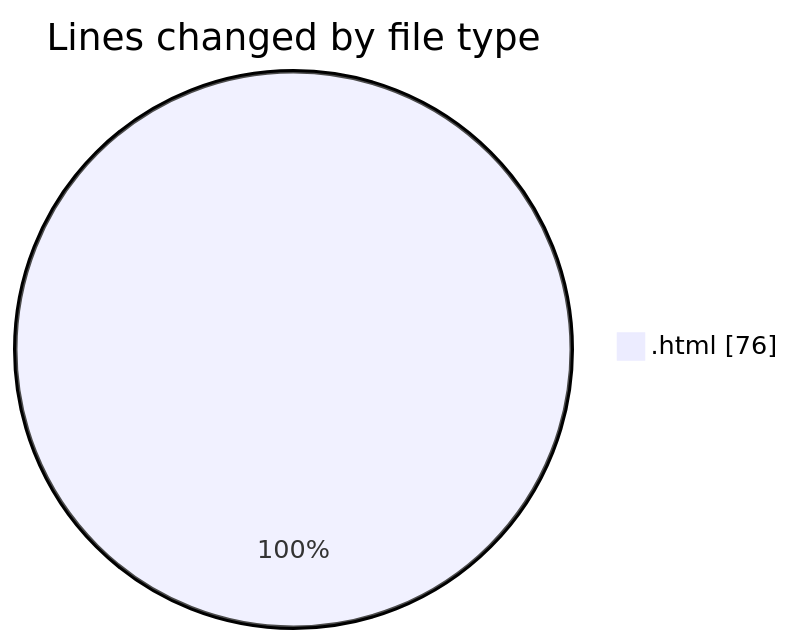
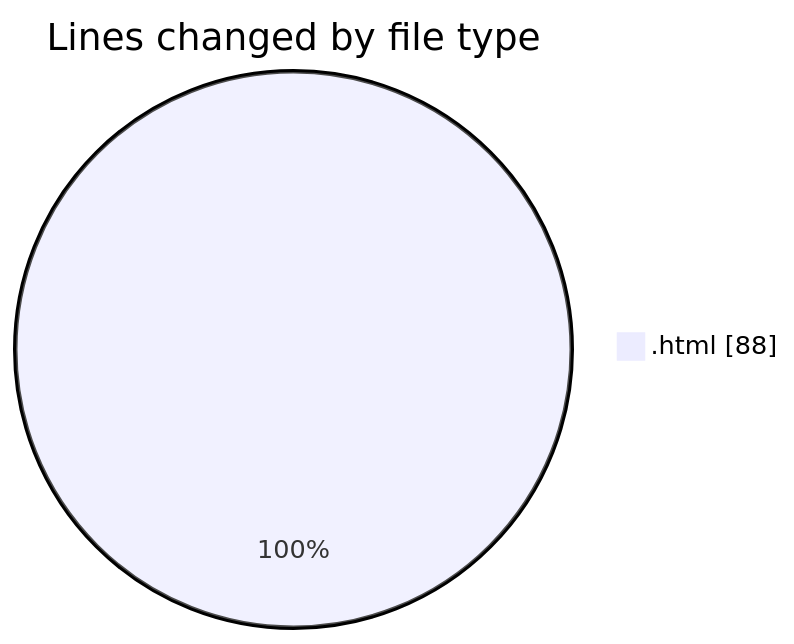
The first of 2 diagrams in 2025-10-23/javacript/README.md (nxtqubesakshisongat/code-tracking), drawn with Mermaid before and after one commit. The commit also changed other lines of this file and 1 other file, not shown here.

````diff
--- a/2025-10-23/javacript/README.md
+++ b/2025-10-23/javacript/README.md
@@ -20,5 +20,5 @@
 ```mermaid
 pie showData
 title Lines changed by file type
-".html" : 76
+".html" : 88
 ```
````
